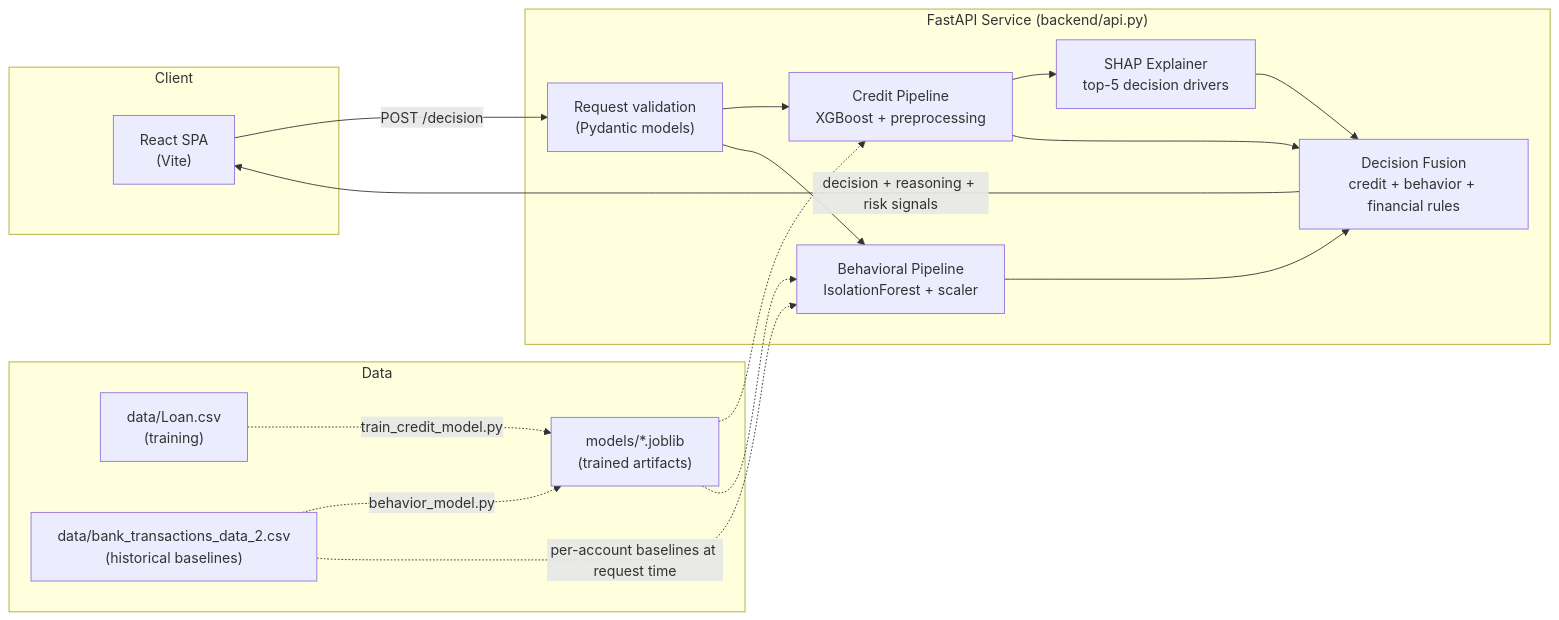
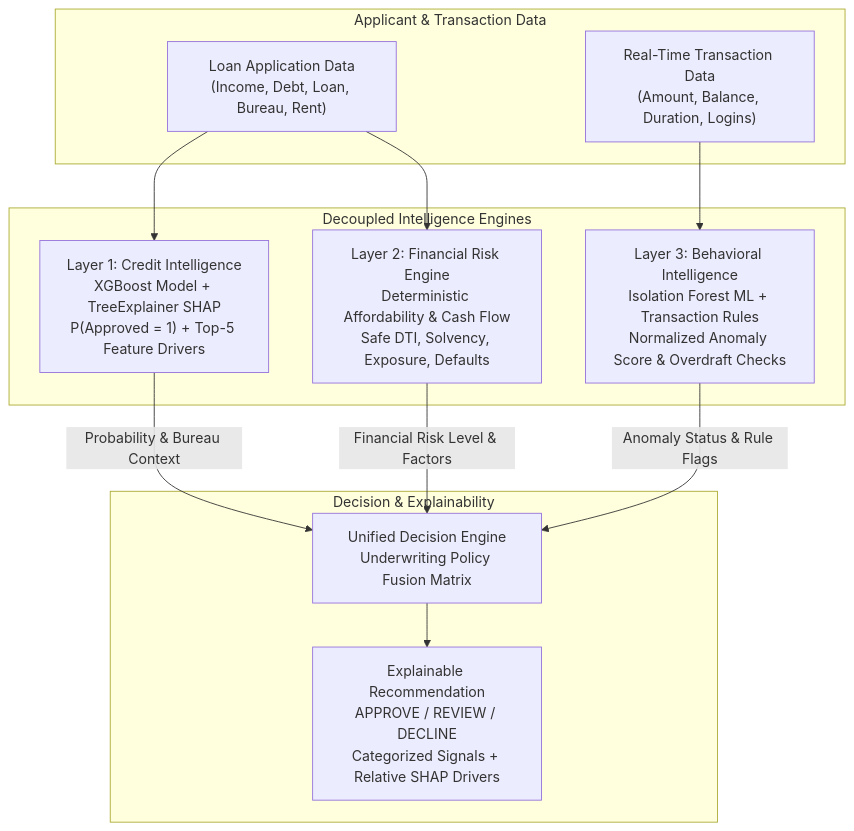
The diagram in README.md (ADlio1408/CredME), drawn with Mermaid before and after one commit. The commit also changed other lines of this file and 7 other files, not shown here.

Commit message:
Add unified all-in-one pitch and status presentation deck

````diff
--- a/README.md
+++ b/README.md
@@ -38,35 +13,28 @@
 ```mermaid
-flowchart LR
-    subgraph Client
-        UI["React SPA<br/>(Vite)"]
+flowchart TD
+    subgraph Input["Applicant & Transaction Data"]
+        APP["Loan Application Data<br/>(Income, Debt, Loan, Bureau, Rent)"]
+        TXN["Real-Time Transaction Data<br/>(Amount, Balance, Duration, Logins)"]
     end
 
-    subgraph API["FastAPI Service (backend/api.py)"]
-        PRE["Request validation<br/>(Pydantic models)"]
-        CREDIT["Credit Pipeline<br/>XGBoost + preprocessing"]
-        SHAP["SHAP Explainer<br/>top-5 decision drivers"]
-        BEHAVIOR["Behavioral Pipeline<br/>IsolationForest + scaler"]
-        FUSION["Decision Fusion<br/>credit + behavior + financial rules"]
+    subgraph Layers["Decoupled Intelligence Engines"]
+        L1["Layer 1: Credit Intelligence<br/>XGBoost Model + TreeExplainer SHAP<br/>P(Approved = 1) + Top-5 Feature Drivers"]
+        L2["Layer 2: Financial Risk Engine<br/>Deterministic Affordability & Cash Flow<br/>Safe DTI, Solvency, Exposure, Defaults"]
+        L3["Layer 3: Behavioral Intelligence<br/>Isolation Forest ML + Transaction Rules<br/>Normalized Anomaly Score & Overdraft Checks"]
     end
 
-    subgraph Data
-        LOAN["data/Loan.csv<br/>(training)"]
-        TXN["data/bank_transactions_data_2.csv<br/>(historical baselines)"]
-        MODELS["models/*.joblib<br/>(trained artifacts)"]
+    subgraph Fusion["Decision & Explainability"]
+        DE["Unified Decision Engine<br/>Underwriting Policy Fusion Matrix"]
+        OUT["Explainable Recommendation<br/>APPROVE / REVIEW / DECLINE<br/>Categorized Signals + Relative SHAP Drivers"]
     end
 
-    UI -->|"POST /decision"| PRE
-    PRE --> CREDIT
-    PRE --> BEHAVIOR
-    CREDIT --> SHAP
-    CREDIT --> FUSION
-    BEHAVIOR --> FUSION
-    SHAP --> FUSION
-    FUSION -->|"decision + reasoning + risk signals"| UI
+    APP --> L1
+    APP --> L2
+    TXN --> L3
 
-    LOAN -.->|"train_credit_model.py"| MODELS
-    TXN -.->|"behavior_model.py"| MODELS
-    TXN -.->|"per-account baselines at request time"| BEHAVIOR
-    MODELS -.-> CREDIT
-    MODELS -.-> BEHAVIOR
+    L1 -->|"Probability & Bureau Context"| DE
+    L2 -->|"Financial Risk Level & Factors"| DE
+    L3 -->|"Anomaly Status & Rule Flags"| DE
+
+    DE --> OUT
 ```
````
